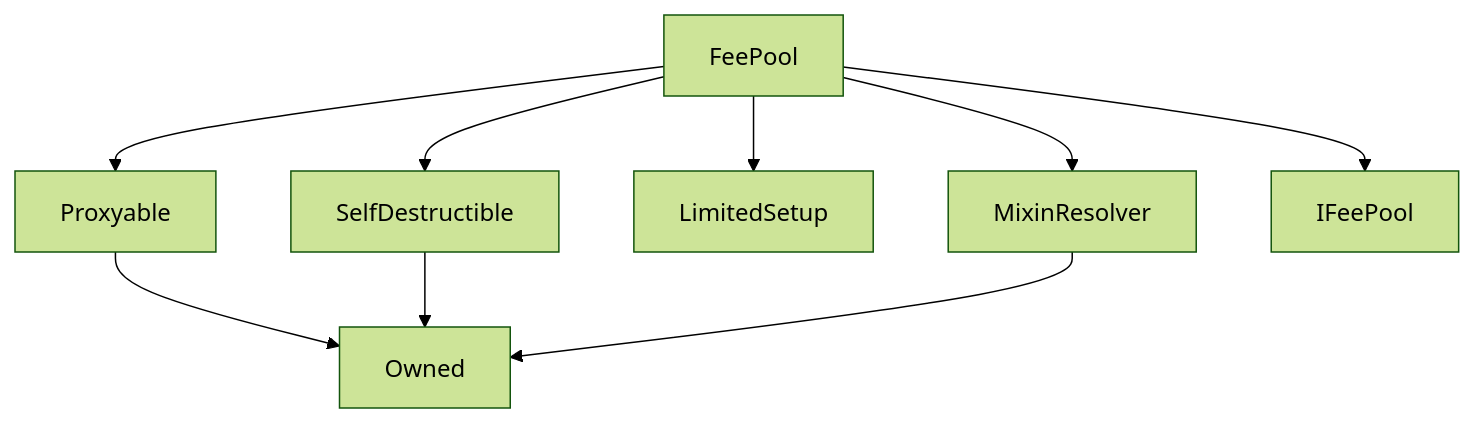
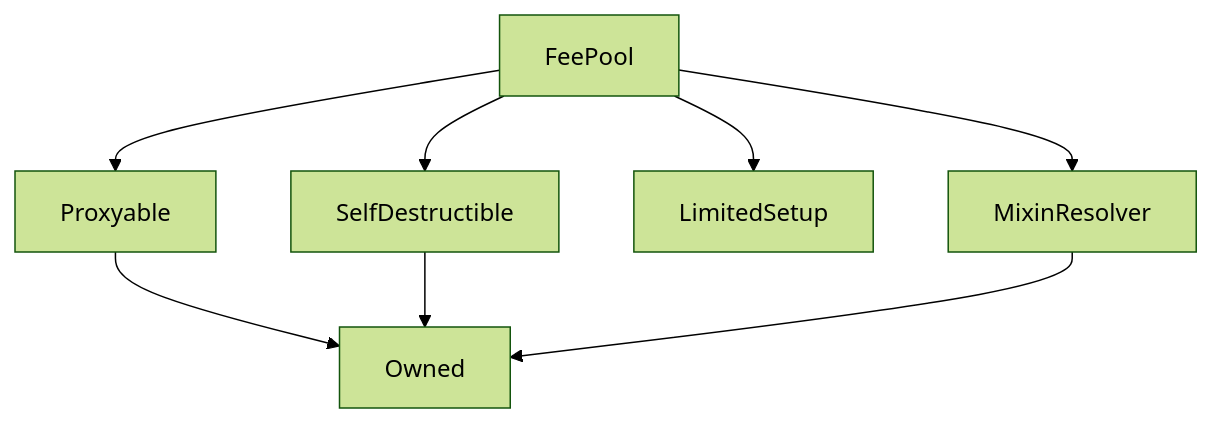
The diagram in content/contracts/FeePool.md (Synthetixio/synthetix-docs), drawn with Mermaid (forest theme) before and after one commit. The commit also changed 46 other files, not shown here.

````diff
--- a/content/contracts/FeePool.md
+++ b/content/contracts/FeePool.md
@@ -9,11 +9,10 @@
 ```mermaid
 graph TD
     FeePool[FeePool] --> Proxyable[Proxyable]
     FeePool[FeePool] --> SelfDestructible[SelfDestructible]
     FeePool[FeePool] --> LimitedSetup[LimitedSetup]
     FeePool[FeePool] --> MixinResolver[MixinResolver]
-    FeePool[FeePool] --> IFeePool[IFeePool]
     Proxyable[Proxyable] --> Owned[Owned]
     SelfDestructible[SelfDestructible] --> Owned[Owned]
     MixinResolver[MixinResolver] --> Owned[Owned]
 ```
````
